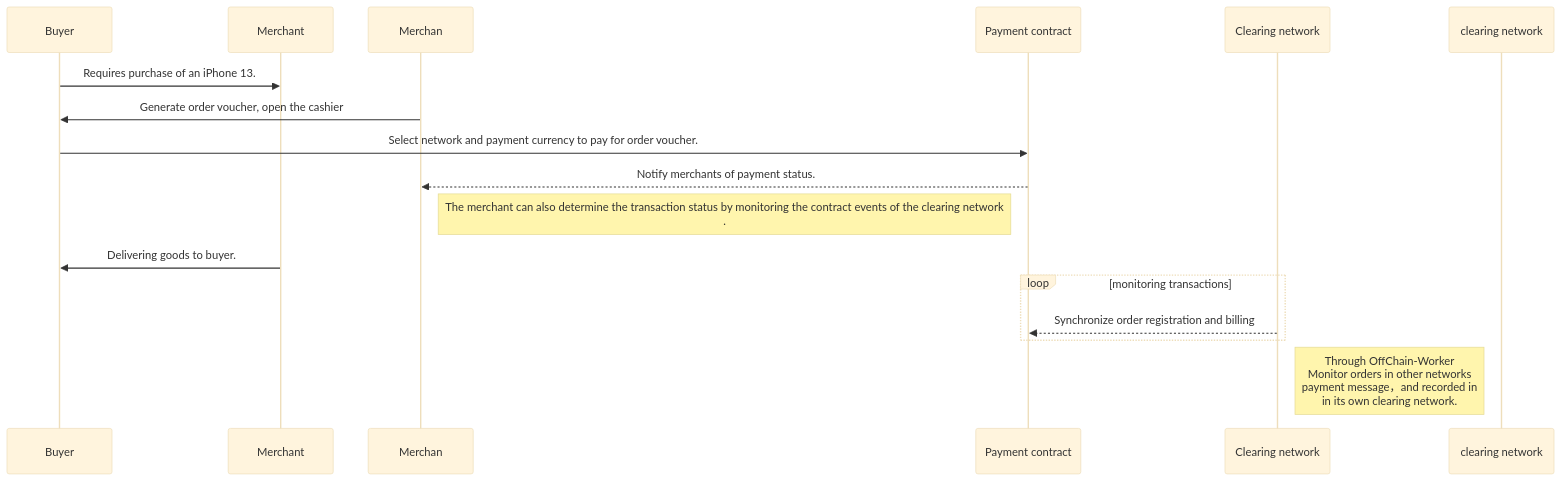
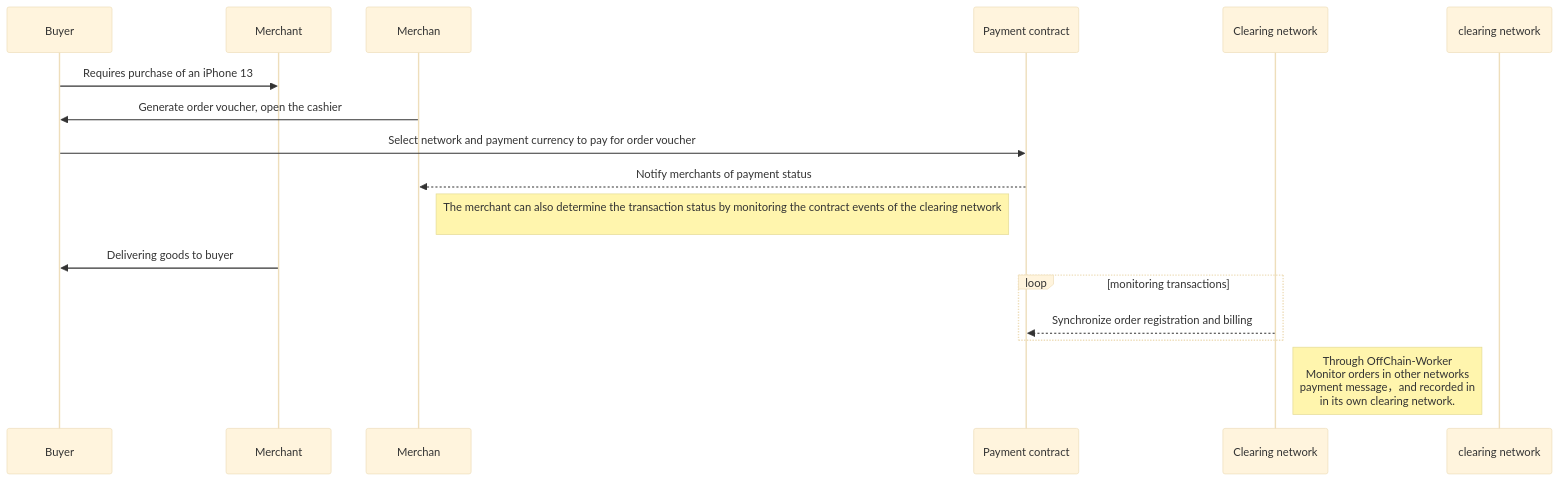
Before and after one commit to nulls-network/acala-hackathon-ppt: the first of 2 diagrams in index_en.md, drawn with Mermaid (base theme). The commit also changed other lines of this file, not shown here.

````diff
--- a/index_en.md
+++ b/index_en.md
@@ -126,13 +126,13 @@
 ```mermaid
 sequenceDiagram
-    Buyer ->> Merchant: Requires purchase of an iPhone 13.
+    Buyer ->> Merchant: Requires purchase of an iPhone 13
     Merchan ->> Buyer : Generate order voucher, open the cashier
-    Buyer ->> Payment contract : Select network and payment currency to pay for order voucher.
-    Payment contract -->> Merchan: Notify merchants of payment status.
-    Note left of Payment contract : The merchant can also determine the transaction status by monitoring the contract events of the clearing network <br />.
-    Merchant ->> Buyer : Delivering goods to buyer.
+    Buyer ->> Payment contract : Select network and payment currency to pay for order voucher
+    Payment contract -->> Merchan: Notify merchants of payment status
+    Note left of Payment contract : The merchant can also determine the transaction status by monitoring the contract events of the clearing network <br />
+    Merchant ->> Buyer : Delivering goods to buyer
     loop monitoring transactions
         Clearing network -->> Payment contract : Synchronize order registration and billing
     end 
     Note left of clearing network : Through OffChain-Worker<br/>Monitor orders in other networks<br/>payment message，and recorded in<br/>in its own clearing network.
 ```
````
